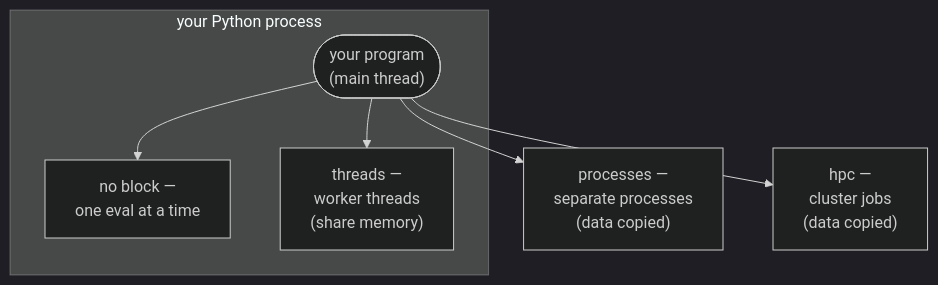
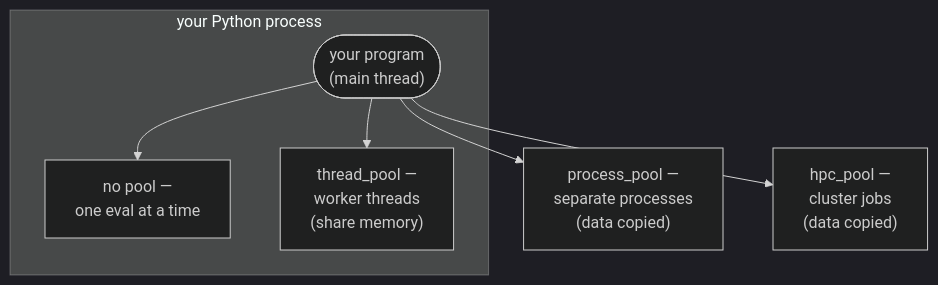
The diagram in docs/getting_started/execution.md (TNO-ropt/ropt), drawn with Mermaid (dark theme) before and after one commit. The commit also changed other lines of this file and 36 other files, not shown here.

````diff
--- a/docs/getting_started/execution.md
+++ b/docs/getting_started/execution.md
@@ -23,14 +24,14 @@
 ```mermaid
 flowchart TB
     subgraph proc["your Python process"]
         main(["your program<br/>(main thread)"])
-        seq["no block —<br/>one eval at a time"]
-        th["threads —<br/>worker threads<br/>(share memory)"]
+        seq["no pool —<br/>one eval at a time"]
+        th["thread_pool —<br/>worker threads<br/>(share memory)"]
     end
-    wp["processes —<br/>separate processes<br/>(data copied)"]
-    clu["hpc —<br/>cluster jobs<br/>(data copied)"]
+    wp["process_pool —<br/>separate processes<br/>(data copied)"]
+    clu["hpc_pool —<br/>cluster jobs<br/>(data copied)"]
     main --> seq
     main --> th
     main --> wp
     main --> clu
 ```
````
